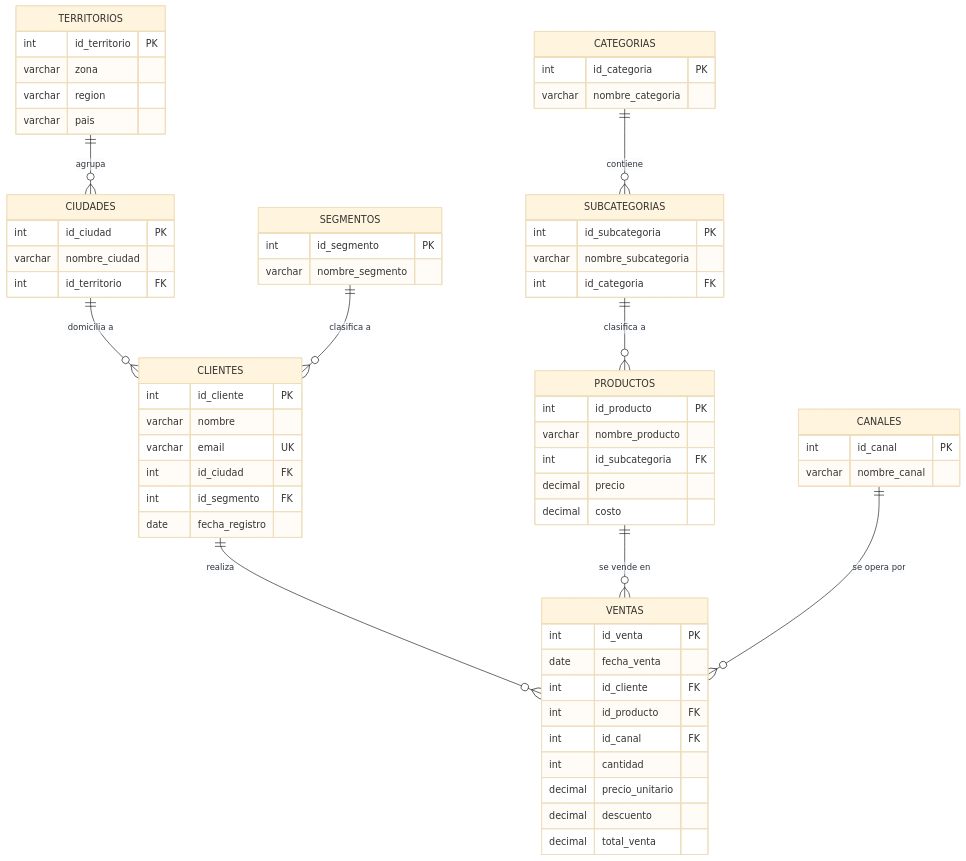
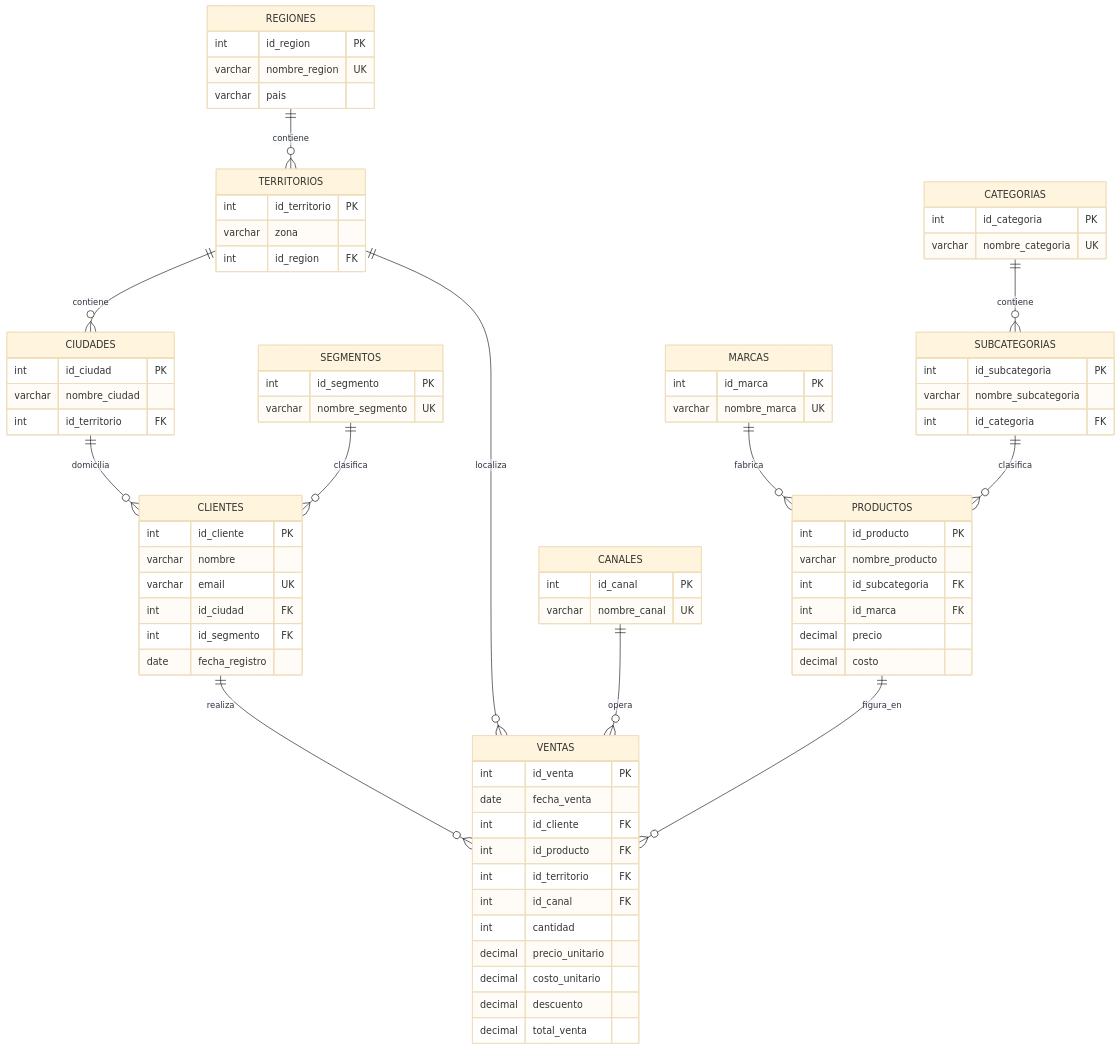
The diagram in preentrega-modelo-retailpro/README.md (murphylleyton05-lgtm/entrega-final-coderhouse), drawn with Mermaid (base theme) before and after one commit. The commit also changed other lines of this file and 1 other file, not shown here.

````diff
--- a/preentrega-modelo-retailpro/README.md
+++ b/preentrega-modelo-retailpro/README.md
@@ -9,66 +12,80 @@
 ```mermaid
 erDiagram
-    TERRITORIOS   ||--o{ CIUDADES      : "agrupa"
-    CIUDADES      ||--o{ CLIENTES      : "domicilia a"
-    SEGMENTOS     ||--o{ CLIENTES      : "clasifica a"
-    CATEGORIAS    ||--o{ SUBCATEGORIAS : "contiene"
-    SUBCATEGORIAS ||--o{ PRODUCTOS     : "clasifica a"
-    CLIENTES      ||--o{ VENTAS        : "realiza"
-    PRODUCTOS     ||--o{ VENTAS        : "se vende en"
-    CANALES       ||--o{ VENTAS        : "se opera por"
+    REGIONES      ||--o{ TERRITORIOS   : contiene
+    TERRITORIOS   ||--o{ CIUDADES      : contiene
+    CIUDADES      ||--o{ CLIENTES      : domicilia
+    SEGMENTOS     ||--o{ CLIENTES      : clasifica
+    CATEGORIAS    ||--o{ SUBCATEGORIAS : contiene
+    SUBCATEGORIAS ||--o{ PRODUCTOS     : clasifica
+    MARCAS        ||--o{ PRODUCTOS     : fabrica
+    CLIENTES      ||--o{ VENTAS        : realiza
+    PRODUCTOS     ||--o{ VENTAS        : figura_en
+    TERRITORIOS   ||--o{ VENTAS        : localiza
+    CANALES       ||--o{ VENTAS        : opera
 
-    TERRITORIOS {
-        int     id_territorio PK
-        varchar zona
-        varchar region
+    REGIONES {
+        int id_region PK
+        varchar nombre_region UK
         varchar pais
     }
+    TERRITORIOS {
+        int id_territorio PK
+        varchar zona
+        int id_region FK
+    }
     CIUDADES {
-        int     id_ciudad PK
+        int id_ciudad PK
         varchar nombre_ciudad
-        int     id_territorio FK
+        int id_territorio FK
     }
     SEGMENTOS {
-        int     id_segmento PK
-        varchar nombre_segmento
+        int id_segmento PK
+        varchar nombre_segmento UK
     }
     CANALES {
-        int     id_canal PK
-        varchar nombre_canal
+        int id_canal PK
+        varchar nombre_canal UK
+    }
+    MARCAS {
+        int id_marca PK
+        varchar nombre_marca UK
     }
     CATEGORIAS {
-        int     id_categoria PK
-        varchar nombre_categoria
+        int id_categoria PK
+        varchar nombre_categoria UK
     }
     SUBCATEGORIAS {
-        int     id_subcategoria PK
+        int id_subcategoria PK
         varchar nombre_subcategoria
-        int     id_categoria FK
+        int id_categoria FK
     }
     CLIENTES {
-        int     id_cliente PK
+        int id_cliente PK
         varchar nombre
         varchar email UK
-        int     id_ciudad FK
-        int     id_segmento FK
-        date    fecha_registro
+        int id_ciudad FK
+        int id_segmento FK
+        date fecha_registro
     }
     PRODUCTOS {
-        int     id_producto PK
+        int id_producto PK
         varchar nombre_producto
-        int     id_subcategoria FK
+        int id_subcategoria FK
+        int id_marca FK
         decimal precio
         decimal costo
     }
     VENTAS {
-        int     id_venta PK
-        date    fecha_venta
-        int     id_cliente FK
-        int     id_producto FK
-        int     id_canal FK
-        int     cantidad
+        int id_venta PK
+        date fecha_venta
+        int id_cliente FK
+        int id_producto FK
+        int id_territorio FK
+        int id_canal FK
+        int cantidad
         decimal precio_unitario
+        decimal costo_unitario
         decimal descuento
         decimal total_venta
     }
 ```
````
